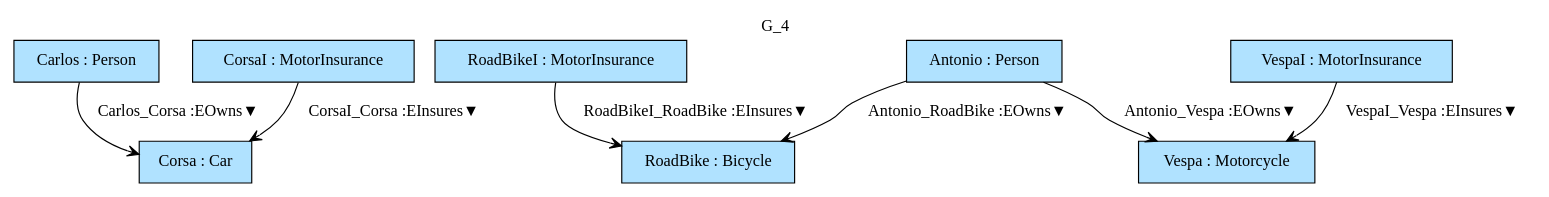
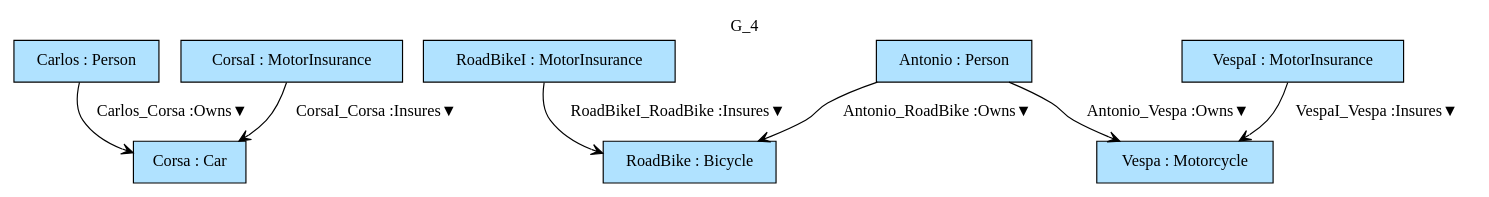
Before and after one commit to namalio/Fragmenta: the diagram in Haskell/FragmentaTests/SGTyTests2/img/G_4.gv, drawn with Graphviz. The commit also changed 70 other files, not shown here.

```diff
--- a/Haskell/FragmentaTests/SGTyTests2/img/G_4.gv
+++ b/Haskell/FragmentaTests/SGTyTests2/img/G_4.gv
@@ -1,17 +1,17 @@
 digraph {graph[label=G_4,labelloc=tl,labelfontsize=12];
 "Carlos"[shape=box,fillcolor=lightskyblue1,style = filled,label="Carlos : Person"];
 "Antonio"[shape=box,fillcolor=lightskyblue1,style = filled,label="Antonio : Person"];
+"CorsaI"[shape=box,fillcolor=lightskyblue1,style = filled,label="CorsaI : MotorInsurance"];
 "Corsa"[shape=box,fillcolor=lightskyblue1,style = filled,label="Corsa : Car"];
+"RoadBikeI"[shape=box,fillcolor=lightskyblue1,style = filled,label="RoadBikeI : MotorInsurance"];
 "RoadBike"[shape=box,fillcolor=lightskyblue1,style = filled,label="RoadBike : Bicycle"];
+"VespaI"[shape=box,fillcolor=lightskyblue1,style = filled,label="VespaI : MotorInsurance"];
 "Vespa"[shape=box,fillcolor=lightskyblue1,style = filled,label="Vespa : Motorcycle"];
-"CorsaI"[shape=box,fillcolor=lightskyblue1,style = filled,label="CorsaI : MotorInsurance"];
-"RoadBikeI"[shape=box,fillcolor=lightskyblue1,style = filled,label="RoadBikeI : MotorInsurance"];
-"VespaI"[shape=box,fillcolor=lightskyblue1,style = filled,label="VespaI : MotorInsurance"];
 
-"Carlos"->"Corsa"[label="Carlos_Corsa :EOwns▼",arrowhead=vee];
-"Antonio"->"RoadBike"[label="Antonio_RoadBike :EOwns▼",arrowhead=vee];
-"Antonio"->"Vespa"[label="Antonio_Vespa :EOwns▼",arrowhead=vee];
-"CorsaI"->"Corsa"[label="CorsaI_Corsa :EInsures▼",arrowhead=vee];
-"RoadBikeI"->"RoadBike"[label="RoadBikeI_RoadBike :EInsures▼",arrowhead=vee];
-"VespaI"->"Vespa"[label="VespaI_Vespa :EInsures▼",arrowhead=vee];
+"Carlos"->"Corsa"[label="Carlos_Corsa :Owns▼",arrowhead=vee];
+"Antonio"->"RoadBike"[label="Antonio_RoadBike :Owns▼",arrowhead=vee];
+"Antonio"->"Vespa"[label="Antonio_Vespa :Owns▼",arrowhead=vee];
+"CorsaI"->"Corsa"[label="CorsaI_Corsa :Insures▼",arrowhead=vee];
+"RoadBikeI"->"RoadBike"[label="RoadBikeI_RoadBike :Insures▼",arrowhead=vee];
+"VespaI"->"Vespa"[label="VespaI_Vespa :Insures▼",arrowhead=vee];
 }
```
